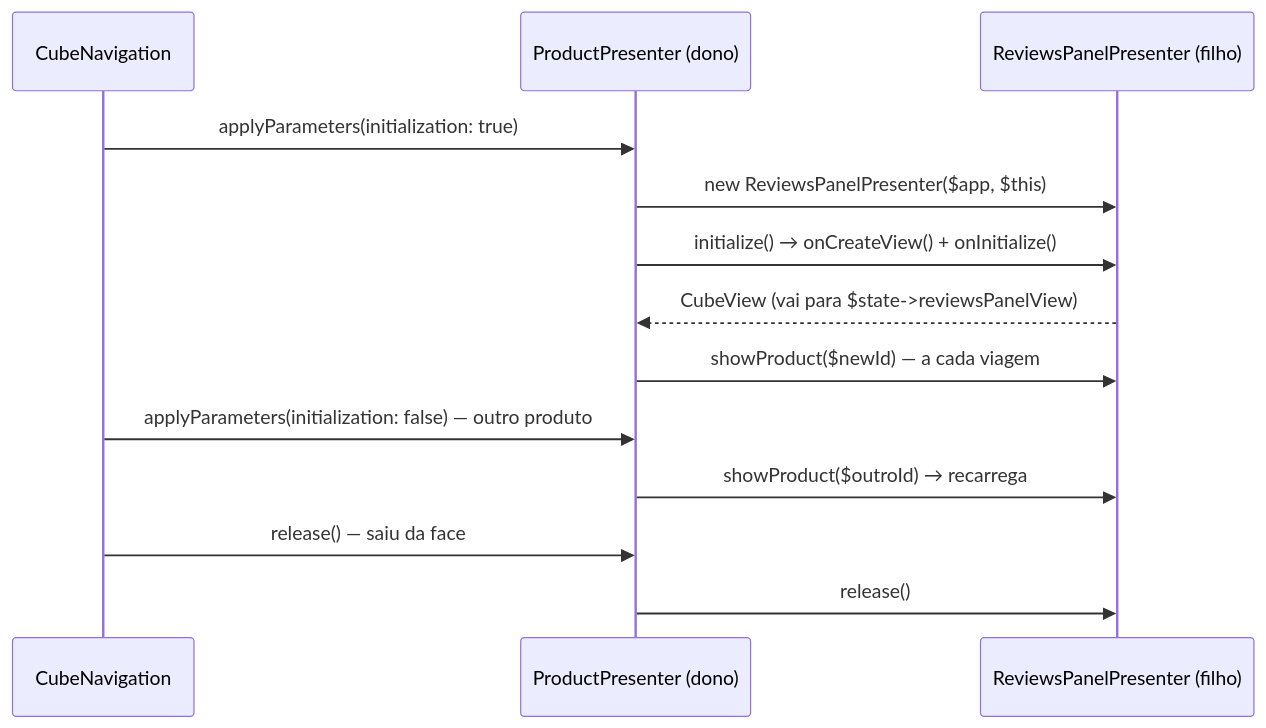
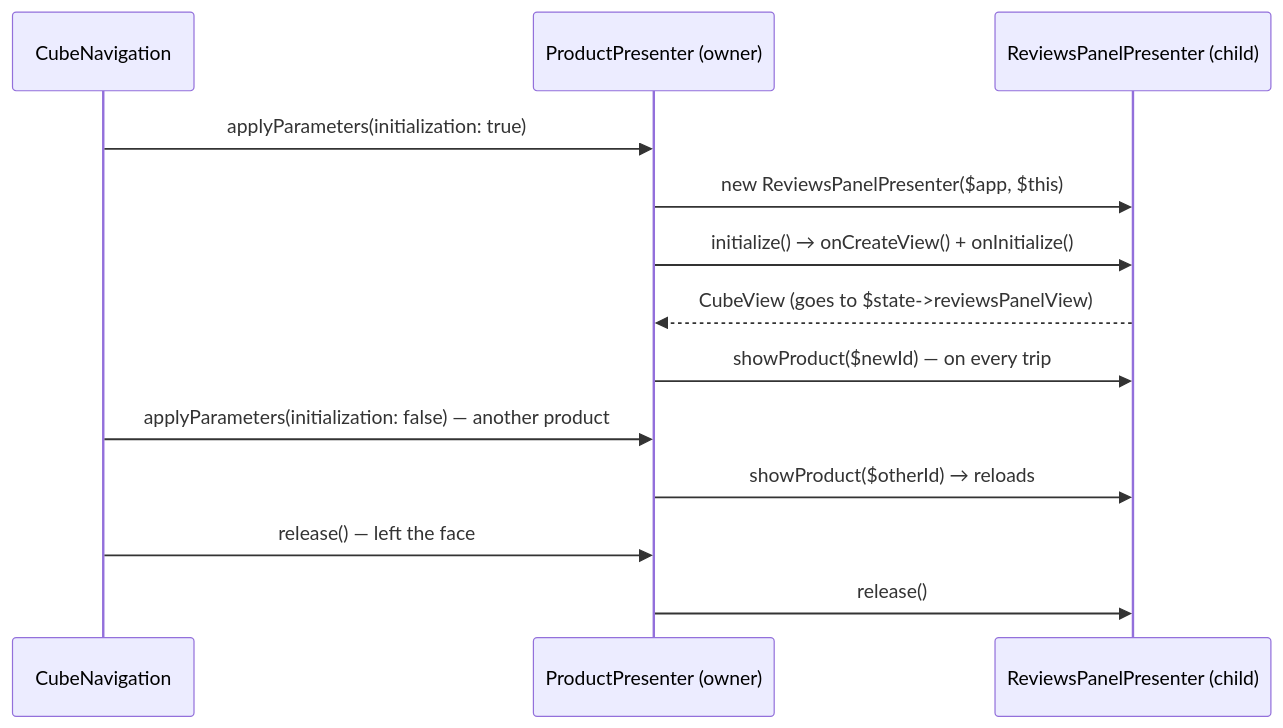
The fifth of 5 diagrams in docs/dev/presentation-module.md (mrcdom/wdc-cube-php), drawn with Mermaid before and after one commit. The commit also changed other lines of this file and 303 other files, not shown here.

````diff
--- a/docs/dev/presentation-module.md
+++ b/docs/dev/presentation-module.md
@@ -575,15 +579,15 @@
 ```mermaid
 sequenceDiagram
     participant N as CubeNavigation
-    participant P as ProductPresenter (dono)
-    participant R as ReviewsPanelPresenter (filho)
+    participant P as ProductPresenter (owner)
+    participant R as ReviewsPanelPresenter (child)
     N->>P: applyParameters(initialization: true)
     P->>R: new ReviewsPanelPresenter($app, $this)
     P->>R: initialize() → onCreateView() + onInitialize()
-    R-->>P: CubeView (vai para $state->reviewsPanelView)
-    P->>R: showProduct($newId) — a cada viagem
-    N->>P: applyParameters(initialization: false) — outro produto
-    P->>R: showProduct($outroId) → recarrega
-    N->>P: release() — saiu da face
+    R-->>P: CubeView (goes to $state->reviewsPanelView)
+    P->>R: showProduct($newId) — on every trip
+    N->>P: applyParameters(initialization: false) — another product
+    P->>R: showProduct($otherId) → reloads
+    N->>P: release() — left the face
     P->>R: release()
 ```
````
